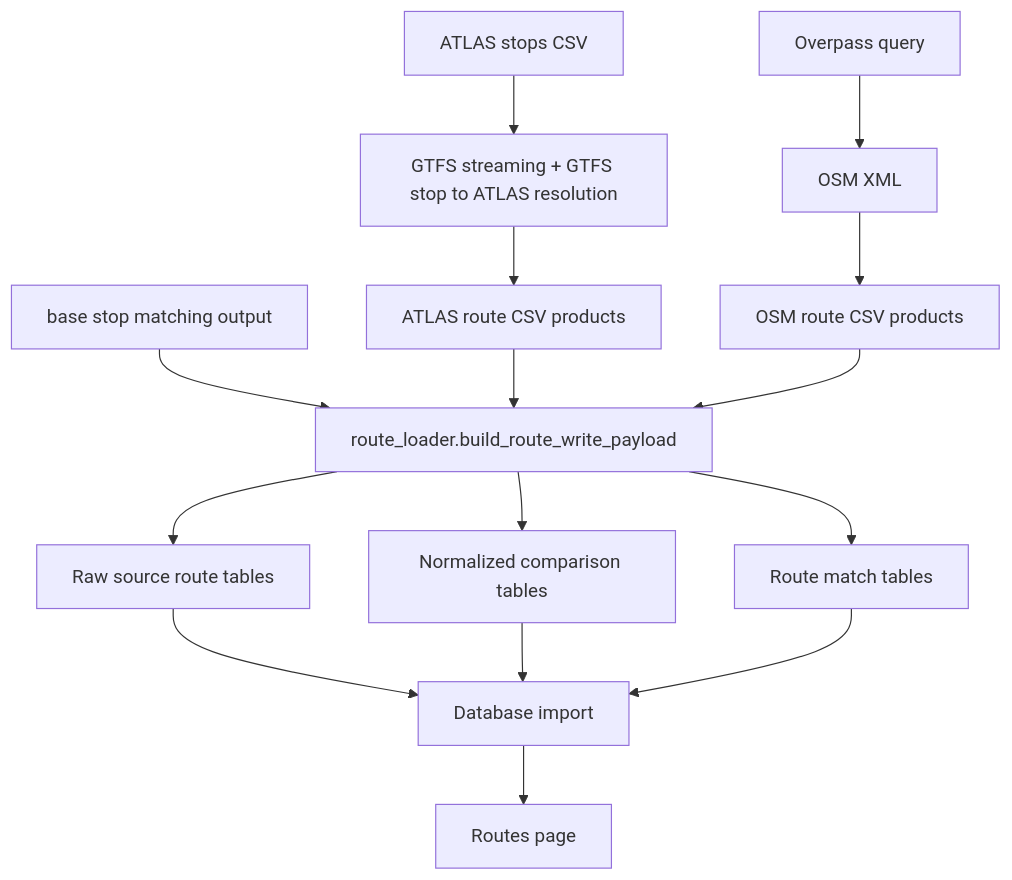
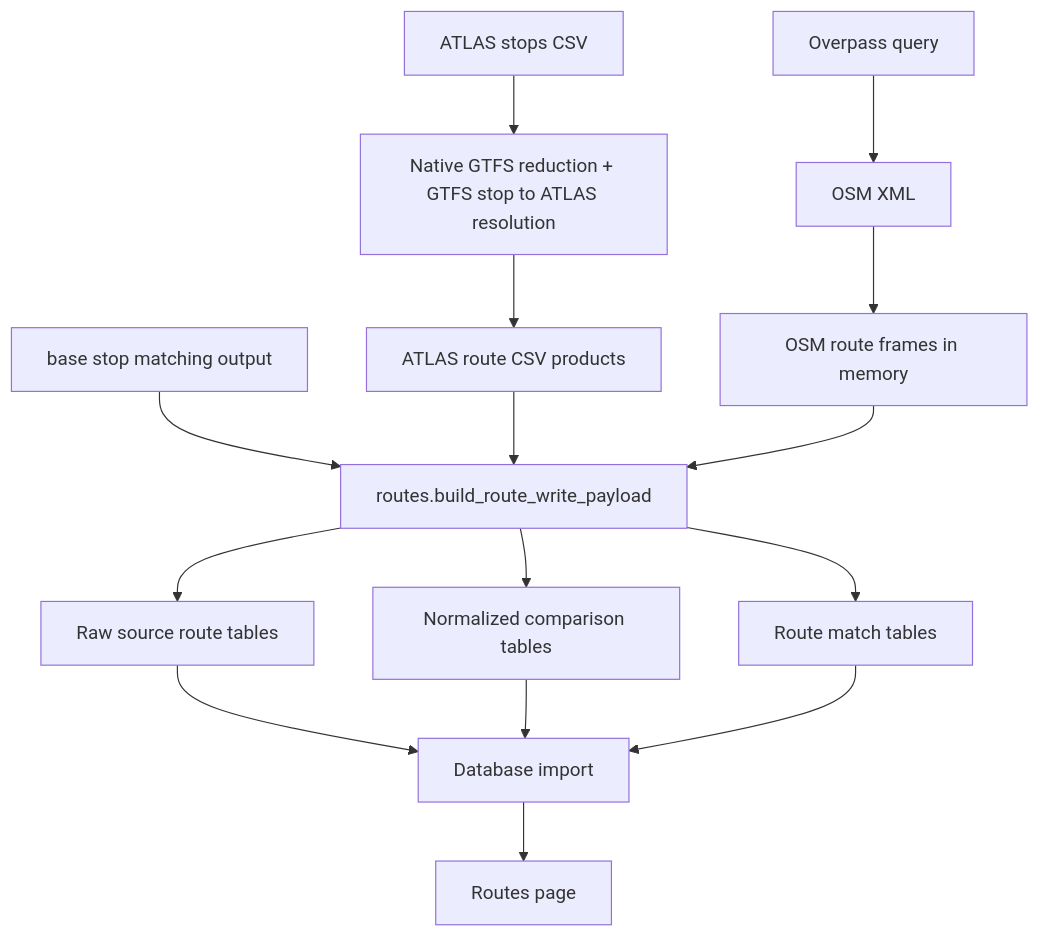
Before and after one commit to openTdataCH/stop_sync_osm_atlas: the diagram in documentation/3.1 Route Pipeline Data Flow.md, drawn with Mermaid. The commit also changed other lines of this file and 261 other files, not shown here.

````diff
--- a/documentation/3.1 Route Pipeline Data Flow.md
+++ b/documentation/3.1 Route Pipeline Data Flow.md
@@ -11,22 +11,22 @@
 ```mermaid
 flowchart TD
-    A[ATLAS stops CSV] --> B[GTFS streaming + GTFS stop to ATLAS resolution]
+    A[ATLAS stops CSV] --> B[Native GTFS reduction + GTFS stop to ATLAS resolution]
     B --> C[ATLAS route CSV products]
 
     D[Overpass query] --> E[OSM XML]
-    E --> F[OSM route CSV products]
+    E --> F[OSM route frames in memory]
 
-    H[base stop matching output] --> G[route_loader.build_route_write_payload]
+    H[base stop matching output] --> G[routes.build_route_write_payload]
     C --> G
     F --> G
 
     G --> I[Raw source route tables]
     G --> J[Normalized comparison tables]
     G --> K[Route match tables]
 
     I --> L[Database import]
     J --> L
     K --> L
 
     L --> M[Routes page]
 ```
````
